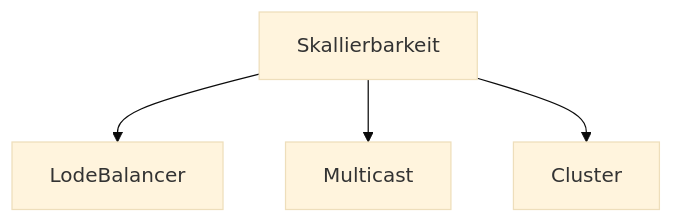
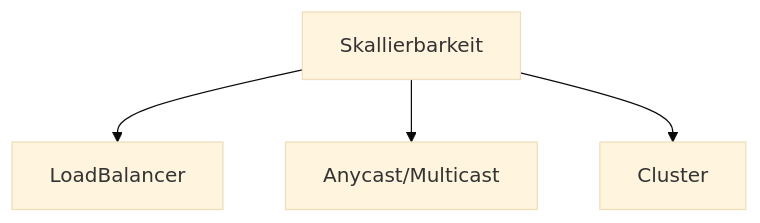
The diagram in src/skalierbarkeit.md (johannesloetzsch/LF10b), drawn with Mermaid (base theme) before and after one commit. The commit also changed 2 other files, not shown here.

Commit message:
korrekturen

````diff
--- a/src/skalierbarkeit.md
+++ b/src/skalierbarkeit.md
@@ -3,6 +3,6 @@
 ```mermaid
 flowchart TB
-  Skallierbarkeit --> LodeBalancer
-  Skallierbarkeit --> Multicast
+  Skallierbarkeit --> LoadBalancer
+  Skallierbarkeit --> Anycast/Multicast
   Skallierbarkeit --> Cluster
 ```
````
